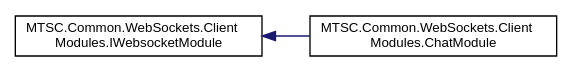
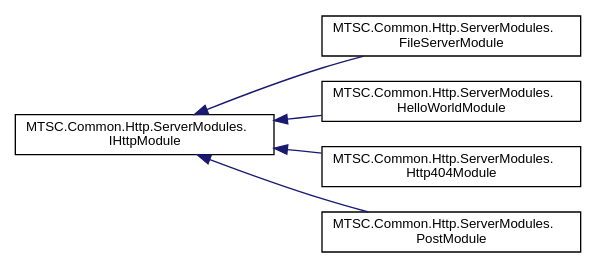
The diagram in docs/inherit_graph_5.dot (AlexMacocian/MTSC), drawn with Graphviz before and after one commit. The commit also changed 348 other files, not shown here.

```diff
--- a/docs/inherit_graph_5.dot
+++ b/docs/inherit_graph_5.dot
@@ -1,10 +1,16 @@
 digraph "Graphical Class Hierarchy"
 {
  // LATEX_PDF_SIZE
   edge [fontname="Helvetica",fontsize="10",labelfontname="Helvetica",labelfontsize="10"];
   node [fontname="Helvetica",fontsize="10",shape=record];
   rankdir="LR";
-  Node0 [label="MTSC.Common.WebSockets.Client\lModules.IWebsocketModule",height=0.2,width=0.4,color="black", fillcolor="white", style="filled",URL="$dc/de4/interface_m_t_s_c_1_1_common_1_1_web_sockets_1_1_client_modules_1_1_i_websocket_module.html",tooltip="Interface for websocket modules."];
+  Node0 [label="MTSC.Common.Http.ServerModules.\lIHttpModule",height=0.2,width=0.4,color="black", fillcolor="white", style="filled",URL="$d8/da0/interface_m_t_s_c_1_1_common_1_1_http_1_1_server_modules_1_1_i_http_module.html",tooltip="Interface for Http modules used by the server http handler."];
   Node0 -> Node1 [dir="back",color="midnightblue",fontsize="10",style="solid",fontname="Helvetica"];
-  Node1 [label="MTSC.Common.WebSockets.Client\lModules.ChatModule",height=0.2,width=0.4,color="black", fillcolor="white", style="filled",URL="$df/def/class_m_t_s_c_1_1_common_1_1_web_sockets_1_1_client_modules_1_1_chat_module.html",tooltip=" "];
+  Node1 [label="MTSC.Common.Http.ServerModules.\lFileServerModule",height=0.2,width=0.4,color="black", fillcolor="white", style="filled",URL="$d8/d56/class_m_t_s_c_1_1_common_1_1_http_1_1_server_modules_1_1_file_server_module.html",tooltip=" "];
+  Node0 -> Node2 [dir="back",color="midnightblue",fontsize="10",style="solid",fontname="Helvetica"];
+  Node2 [label="MTSC.Common.Http.ServerModules.\lHelloWorldModule",height=0.2,width=0.4,color="black", fillcolor="white", style="filled",URL="$d6/d98/class_m_t_s_c_1_1_common_1_1_http_1_1_server_modules_1_1_hello_world_module.html",tooltip=" "];
+  Node0 -> Node3 [dir="back",color="midnightblue",fontsize="10",style="solid",fontname="Helvetica"];
+  Node3 [label="MTSC.Common.Http.ServerModules.\lHttp404Module",height=0.2,width=0.4,color="black", fillcolor="white", style="filled",URL="$dc/dd3/class_m_t_s_c_1_1_common_1_1_http_1_1_server_modules_1_1_http404_module.html",tooltip="Simple module that returns status code 404."];
+  Node0 -> Node4 [dir="back",color="midnightblue",fontsize="10",style="solid",fontname="Helvetica"];
+  Node4 [label="MTSC.Common.Http.ServerModules.\lPostModule",height=0.2,width=0.4,color="black", fillcolor="white", style="filled",URL="$d0/d69/class_m_t_s_c_1_1_common_1_1_http_1_1_server_modules_1_1_post_module.html",tooltip=" "];
 }
```
